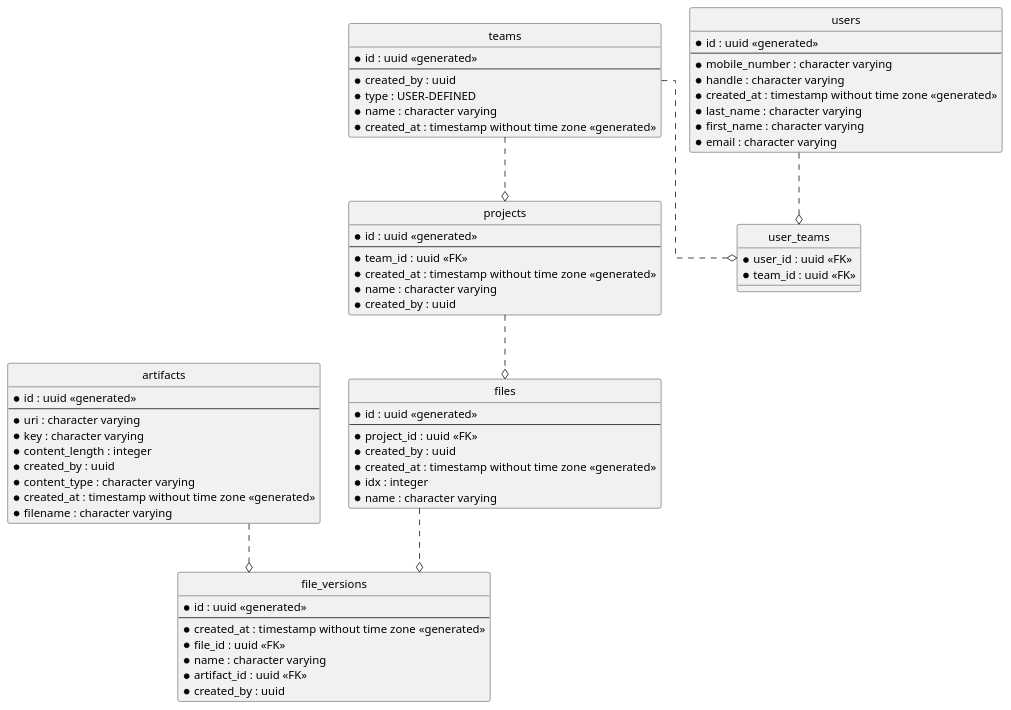
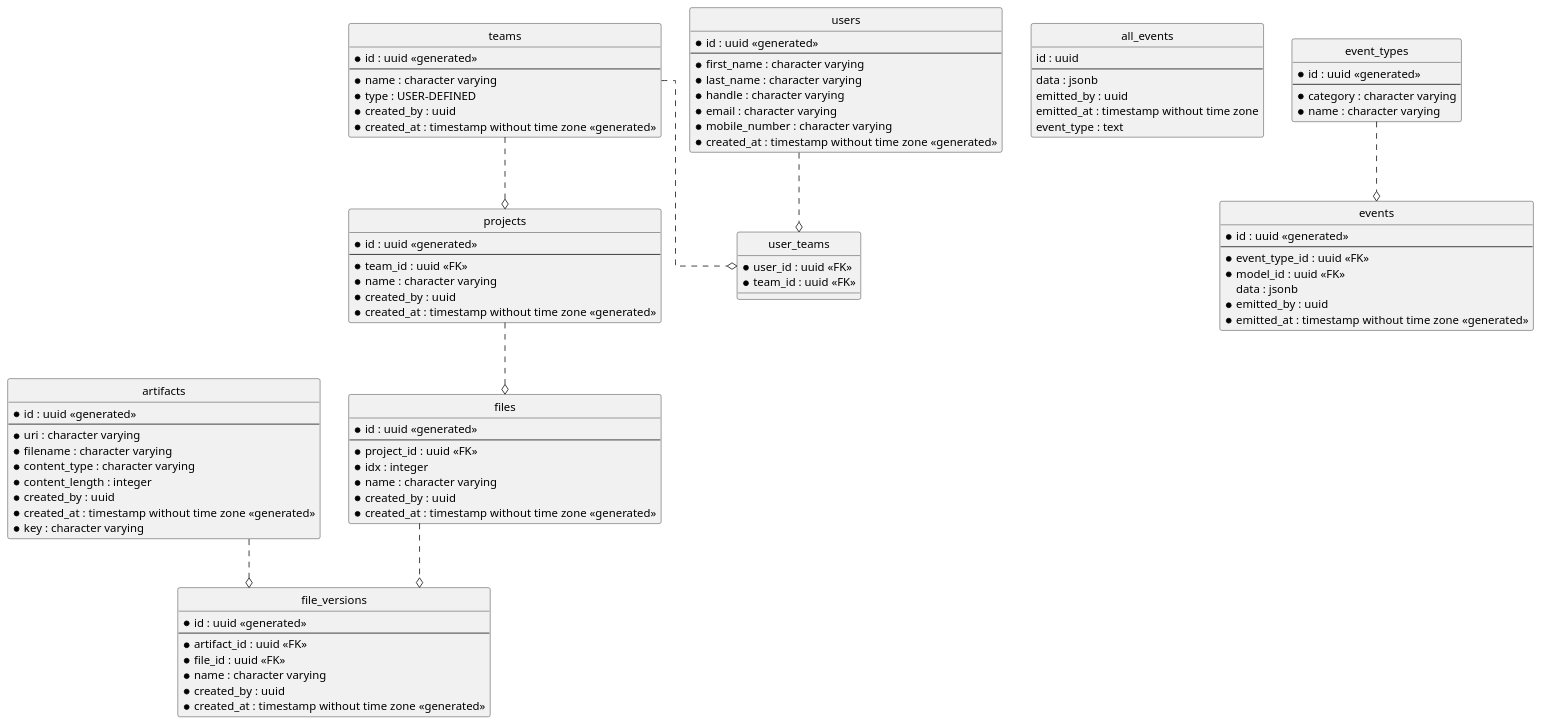
One commit to skuttleman/audiophile changed the diagram in resources/db/erd.puml. Above: the diagram before and after it, drawn with PlantUML. The commit also changed 3 other files, not shown here.

```diff
--- a/resources/db/erd.puml
+++ b/resources/db/erd.puml
@@ -1,78 +1,105 @@
 @startuml
 hide circle
 skinparam linetype ortho
 
-entity "projects" as projects {
+entity "artifacts" as artifacts {
   * id : uuid <<generated>>
   --
-  * team_id : uuid <<FK>>
+  * uri : character varying
+  * filename : character varying
+  * content_type : character varying
+  * content_length : integer
+  * created_by : uuid
   * created_at : timestamp without time zone <<generated>>
-  * name : character varying
-  * created_by : uuid
+  * key : character varying
 }
 
-entity "file_versions" as file_versions {
+entity "teams" as teams {
   * id : uuid <<generated>>
   --
+  * name : character varying
+  * type : USER-DEFINED
+  * created_by : uuid
   * created_at : timestamp without time zone <<generated>>
-  * file_id : uuid <<FK>>
-  * name : character varying
-  * artifact_id : uuid <<FK>>
-  * created_by : uuid
 }
 
 entity "files" as files {
   * id : uuid <<generated>>
   --
   * project_id : uuid <<FK>>
+  * idx : integer
+  * name : character varying
   * created_by : uuid
   * created_at : timestamp without time zone <<generated>>
-  * idx : integer
-  * name : character varying
 }
 
-entity "artifacts" as artifacts {
+entity "all_events" as all_events {
+  id : uuid
+  --
+  data : jsonb
+  emitted_by : uuid
+  emitted_at : timestamp without time zone
+  event_type : text
+}
+
+entity "event_types" as event_types {
   * id : uuid <<generated>>
   --
-  * uri : character varying
-  * key : character varying
-  * content_length : integer
-  * created_by : uuid
-  * content_type : character varying
-  * created_at : timestamp without time zone <<generated>>
-  * filename : character varying
+  * category : character varying
+  * name : character varying
 }
 
 entity "users" as users {
   * id : uuid <<generated>>
   --
+  * first_name : character varying
+  * last_name : character varying
+  * handle : character varying
+  * email : character varying
   * mobile_number : character varying
-  * handle : character varying
   * created_at : timestamp without time zone <<generated>>
-  * last_name : character varying
-  * first_name : character varying
-  * email : character varying
+}
+
+entity "file_versions" as file_versions {
+  * id : uuid <<generated>>
+  --
+  * artifact_id : uuid <<FK>>
+  * file_id : uuid <<FK>>
+  * name : character varying
+  * created_by : uuid
+  * created_at : timestamp without time zone <<generated>>
+}
+
+entity "events" as events {
+  * id : uuid <<generated>>
+  --
+  * event_type_id : uuid <<FK>>
+  * model_id : uuid <<FK>>
+  data : jsonb
+  * emitted_by : uuid
+  * emitted_at : timestamp without time zone <<generated>>
+}
+
+entity "projects" as projects {
+  * id : uuid <<generated>>
+  --
+  * team_id : uuid <<FK>>
+  * name : character varying
+  * created_by : uuid
+  * created_at : timestamp without time zone <<generated>>
 }
 
 entity "user_teams" as user_teams {
   * user_id : uuid <<FK>>
   * team_id : uuid <<FK>>
 }
 
-entity "teams" as teams {
-  * id : uuid <<generated>>
-  --
-  * created_by : uuid
-  * type : USER-DEFINED
-  * name : character varying
-  * created_at : timestamp without time zone <<generated>>
-}
-
+projects ..o files
+artifacts ..o file_versions
+files ..o file_versions
+event_types ..o events
 teams ..o projects
-files ..o file_versions
-artifacts ..o file_versions
-projects ..o files
 users ..o user_teams
 teams ..o user_teams
 
 @enduml
```
